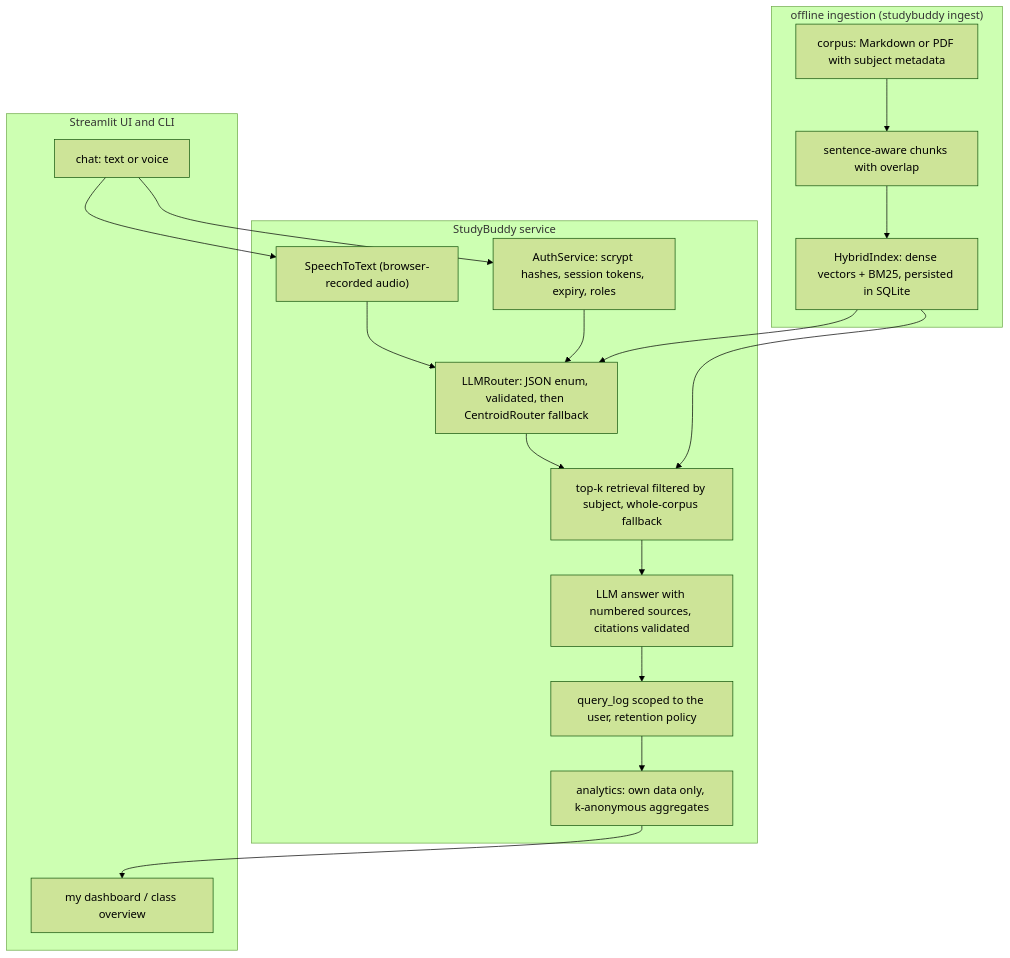
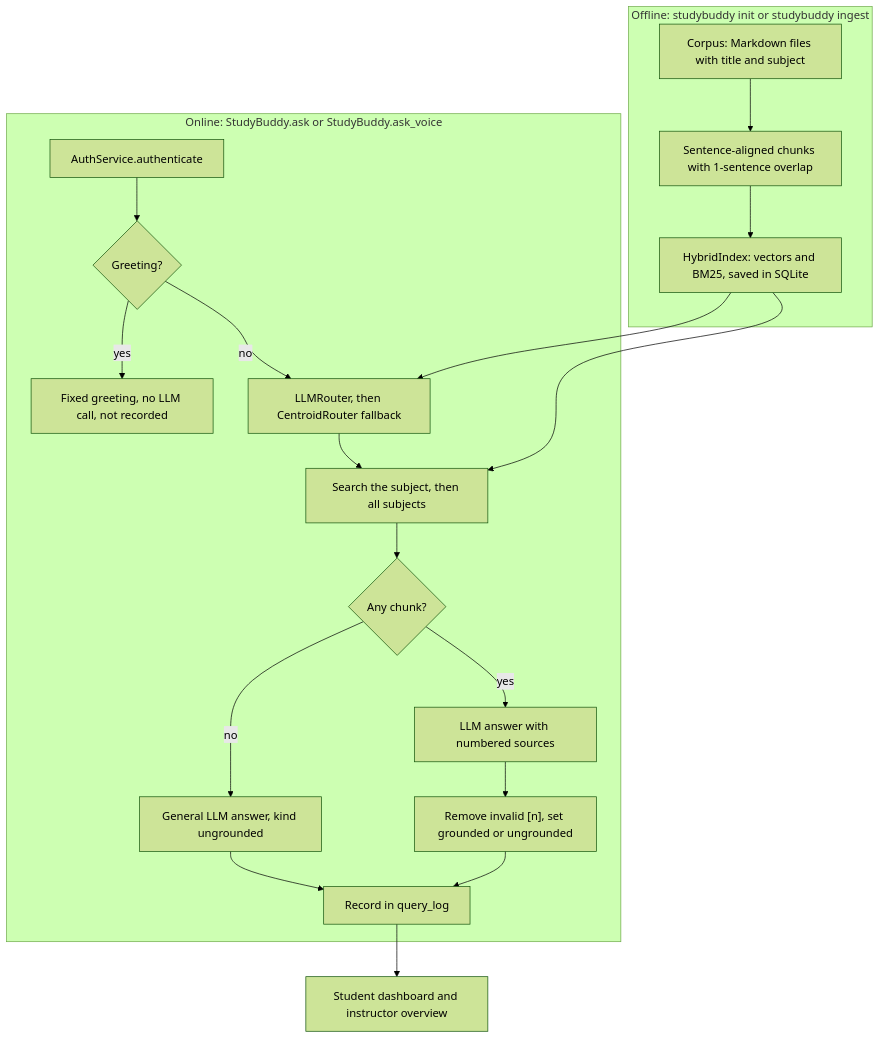
One commit to KrishnaAnnavaram/studybuddy-rag changed the third of 3 diagrams in README.md. Above: the diagram before and after it, drawn with Mermaid (forest theme). The commit also changed other lines of this file and 4 other files, not shown here.

````diff
--- a/README.md
+++ b/README.md
@@ -20,25 +218,22 @@
 ```mermaid
 flowchart TB
-  subgraph ingest["offline ingestion (studybuddy ingest)"]
-    MD["corpus: Markdown or PDF with subject metadata"] --> CH["sentence-aware chunks with overlap"]
-    CH --> IDX["HybridIndex: dense vectors + BM25, persisted in SQLite"]
-  end
-  subgraph core["StudyBuddy service"]
-    AUTH["AuthService: scrypt hashes, session tokens, expiry, roles"]
-    VOICE["SpeechToText (browser-recorded audio)"]
-    ROUTE["LLMRouter: JSON enum, validated, then CentroidRouter fallback"]
-    RET["top-k retrieval filtered by subject, whole-corpus fallback"]
-    ANS["LLM answer with numbered sources, citations validated"]
-    LOG["query_log scoped to the user, retention policy"]
-    ANA["analytics: own data only, k-anonymous aggregates"]
-  end
-  subgraph ui["Streamlit UI and CLI"]
-    CHAT["chat: text or voice"]
-    DASH["my dashboard / class overview"]
-  end
-  CHAT --> AUTH
-  CHAT --> VOICE --> ROUTE
-  AUTH --> ROUTE --> RET --> ANS --> LOG --> ANA --> DASH
-  IDX --> RET
-  IDX --> ROUTE
+    subgraph OFF["Offline: studybuddy init or studybuddy ingest"]
+        MD["Corpus: Markdown files with title and subject"] --> CH["Sentence-aligned chunks with 1-sentence overlap"]
+        CH --> IDX["HybridIndex: vectors and BM25, saved in SQLite"]
+    end
+    subgraph ON["Online: StudyBuddy.ask or StudyBuddy.ask_voice"]
+        AUTH["AuthService.authenticate"] --> GREET{"Greeting?"}
+        GREET -- "yes" --> HELLO["Fixed greeting, no LLM call, not recorded"]
+        GREET -- "no" --> ROUTE["LLMRouter, then CentroidRouter fallback"]
+        ROUTE --> RET["Search the subject, then all subjects"]
+        RET --> HITS{"Any chunk?"}
+        HITS -- "no" --> GEN["General LLM answer, kind ungrounded"]
+        HITS -- "yes" --> ANS["LLM answer with numbered sources"]
+        ANS --> CHK["Remove invalid [n], set grounded or ungrounded"]
+        GEN --> LOG["Record in query_log"]
+        CHK --> LOG
+    end
+    IDX --> RET
+    IDX --> ROUTE
+    LOG --> DASH["Student dashboard and instructor overview"]
 ```
````
